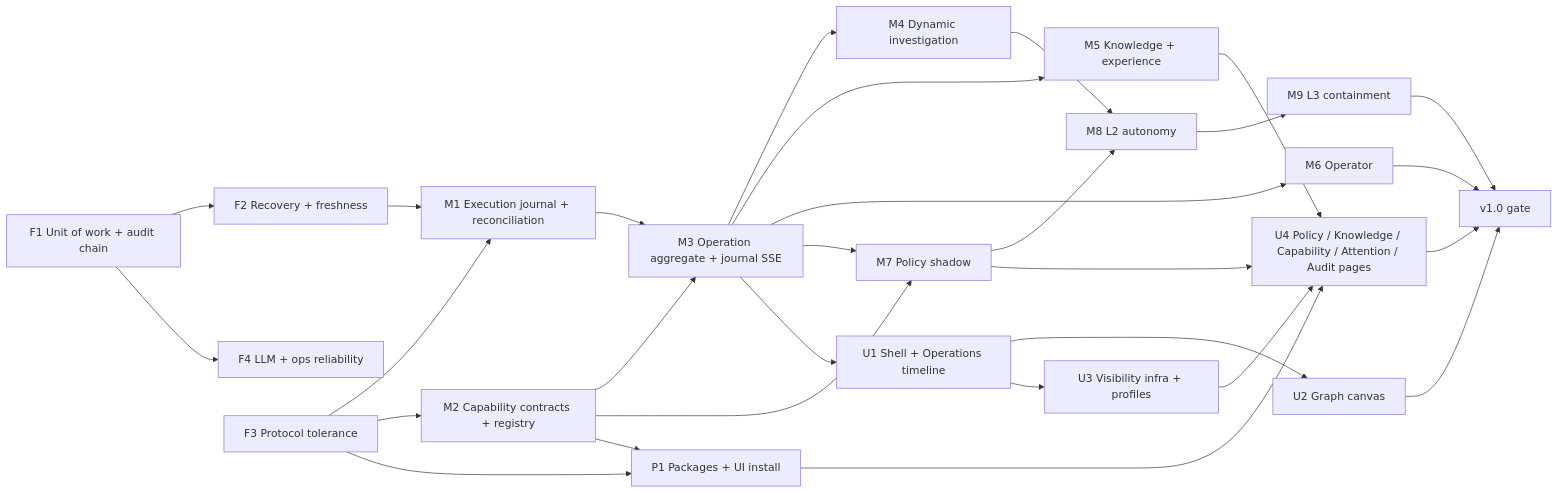
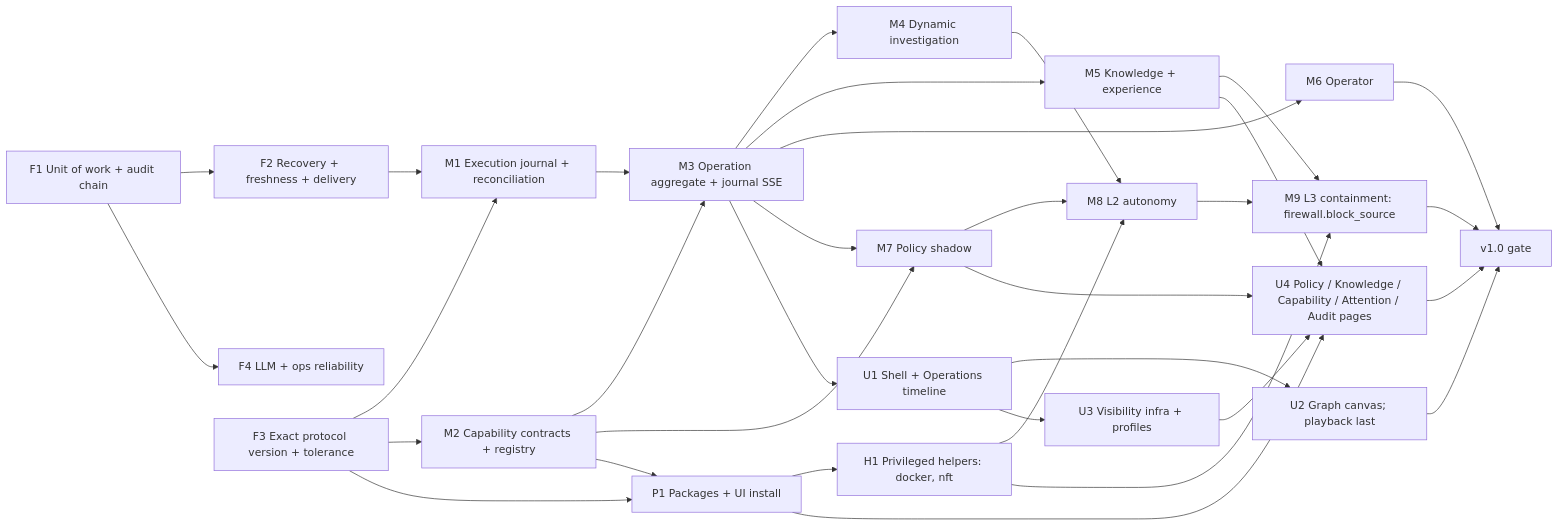
One commit to RoastSlav/domovoi changed the diagram in docs/rework/06-implementation-roadmap.md. Above: the diagram before and after it, drawn with Mermaid. The commit also changed other lines of this file and 28 other files, not shown here.

````diff
--- a/docs/rework/06-implementation-roadmap.md
+++ b/docs/rework/06-implementation-roadmap.md
@@ -7,31 +9,35 @@
 ```mermaid
 flowchart LR
-  F1[F1 Unit of work + audit chain] --> F2[F2 Recovery + freshness]
+  F1[F1 Unit of work + audit chain] --> F2[F2 Recovery + freshness + delivery]
   F1 --> F4[F4 LLM + ops reliability]
-  F3[F3 Protocol tolerance] --> M1
+  F3[F3 Exact protocol version + tolerance] --> M1
   F2 --> M1[M1 Execution journal + reconciliation]
   F3 --> M2[M2 Capability contracts + registry]
   M1 --> M3[M3 Operation aggregate + journal SSE]
   M2 --> M3
   M3 --> M4[M4 Dynamic investigation]
   M3 --> M5[M5 Knowledge + experience]
   M3 --> M6[M6 Operator]
   M2 --> M7[M7 Policy shadow]
   M3 --> M7
+  M2 --> P1[P1 Packages + UI install]
+  F3 --> P1
+  P1 --> H1[H1 Privileged helpers: docker, nft]
   M4 --> M8[M8 L2 autonomy]
   M7 --> M8
-  M8 --> M9[M9 L3 containment]
-  M2 --> P1[P1 Packages + UI install]
-  F3 --> P1
+  H1 --> M8
+  M8 --> M9[M9 L3 containment: firewall.block_source]
+  M5 --> M9
+  H1 --> M9
   M3 --> U1[U1 Shell + Operations timeline]
-  U1 --> U2[U2 Graph canvas]
+  U1 --> U2[U2 Graph canvas; playback last]
   U1 --> U3[U3 Visibility infra + profiles]
   U3 --> U4[U4 Policy / Knowledge / Capability / Attention / Audit pages]
   M5 --> U4
   M7 --> U4
   P1 --> U4
   M9 --> V1[v1.0 gate]
   U2 --> V1
   U4 --> V1
   M6 --> V1
 ```
````
